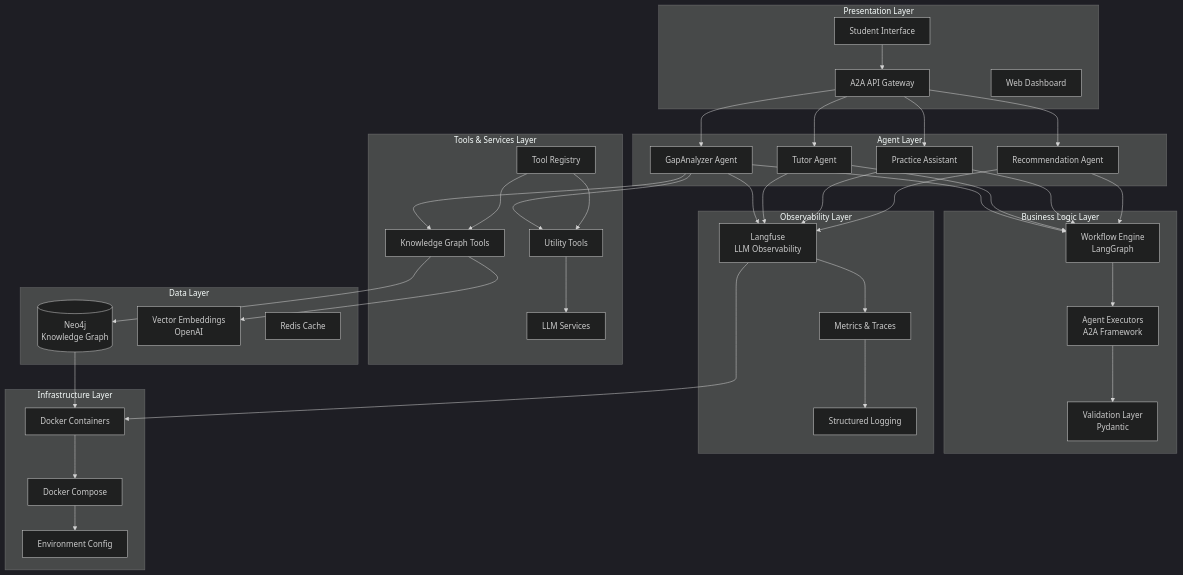
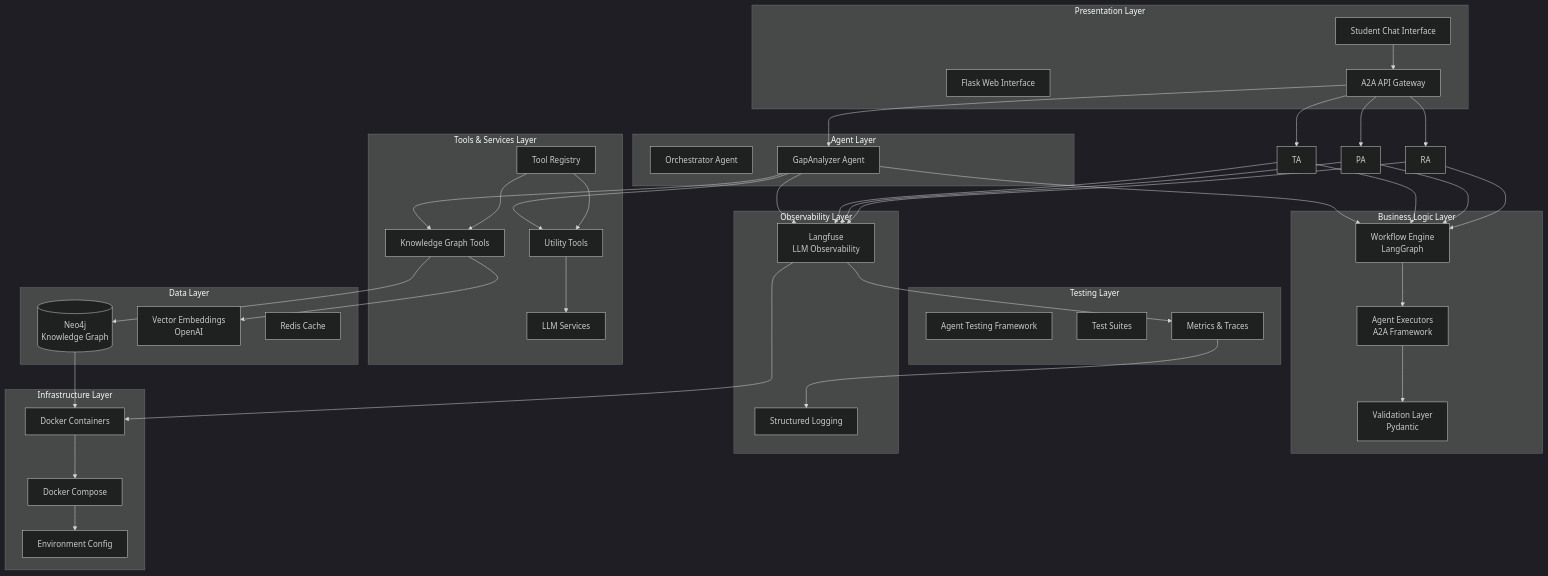
One commit to ricardo-dipasquale/luca changed the first of 3 diagrams in docs/architecture.md. Above: the diagram before and after it, drawn with Mermaid (dark theme). The commit also changed other lines of this file and 19 other files, not shown here.

Commit message:
agent testing framework

````diff
--- a/docs/architecture.md
+++ b/docs/architecture.md
@@ -9,16 +9,20 @@
 ```mermaid
 graph TB
     subgraph "Presentation Layer"
-        UI[Student Interface]
+        FLASK[Flask Web Interface]
+        UI[Student Chat Interface]
         API[A2A API Gateway]
-        WEB[Web Dashboard]
     end
     
     subgraph "Agent Layer"
+        ORCH[Orchestrator Agent]
         GA[GapAnalyzer Agent]
-        TA[Tutor Agent]
-        PA[Practice Assistant]
-        RA[Recommendation Agent]
+    end
+    
+    subgraph "Testing Layer"  
+        ATF[Agent Testing Framework]
+        SUITES[Test Suites]
+        METRICS[Automated Metrics]
     end
     
     subgraph "Business Logic Layer"
````
